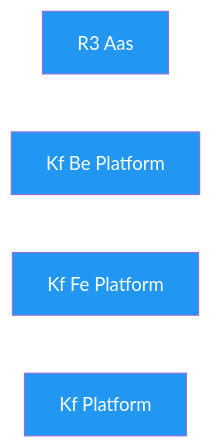
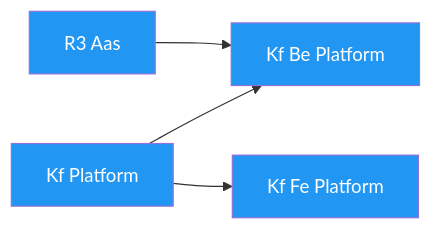
Before and after one commit to Katty-Fashion/kf-cpto: the diagram in docs/dependency-graph.md, drawn with Mermaid. The commit also changed other lines of this file and 12 other files, not shown here.

````diff
--- a/docs/dependency-graph.md
+++ b/docs/dependency-graph.md
@@ -10,11 +10,14 @@
 ```mermaid
 graph LR
     R3_AAS["R3 Aas"]:::eu
     kf_be_platform["Kf Be Platform"]:::eu
     kf_fe_platform["Kf Fe Platform"]:::eu
     kf_platform["Kf Platform"]:::eu
+    kf_platform --> kf_be_platform
+    R3_AAS --> kf_be_platform
+    kf_platform --> kf_fe_platform
 
     classDef saas fill:#4CAF50,color:#fff
     classDef eu fill:#2196F3,color:#fff
     classDef internal fill:#FF9800,color:#fff
 ```
````
